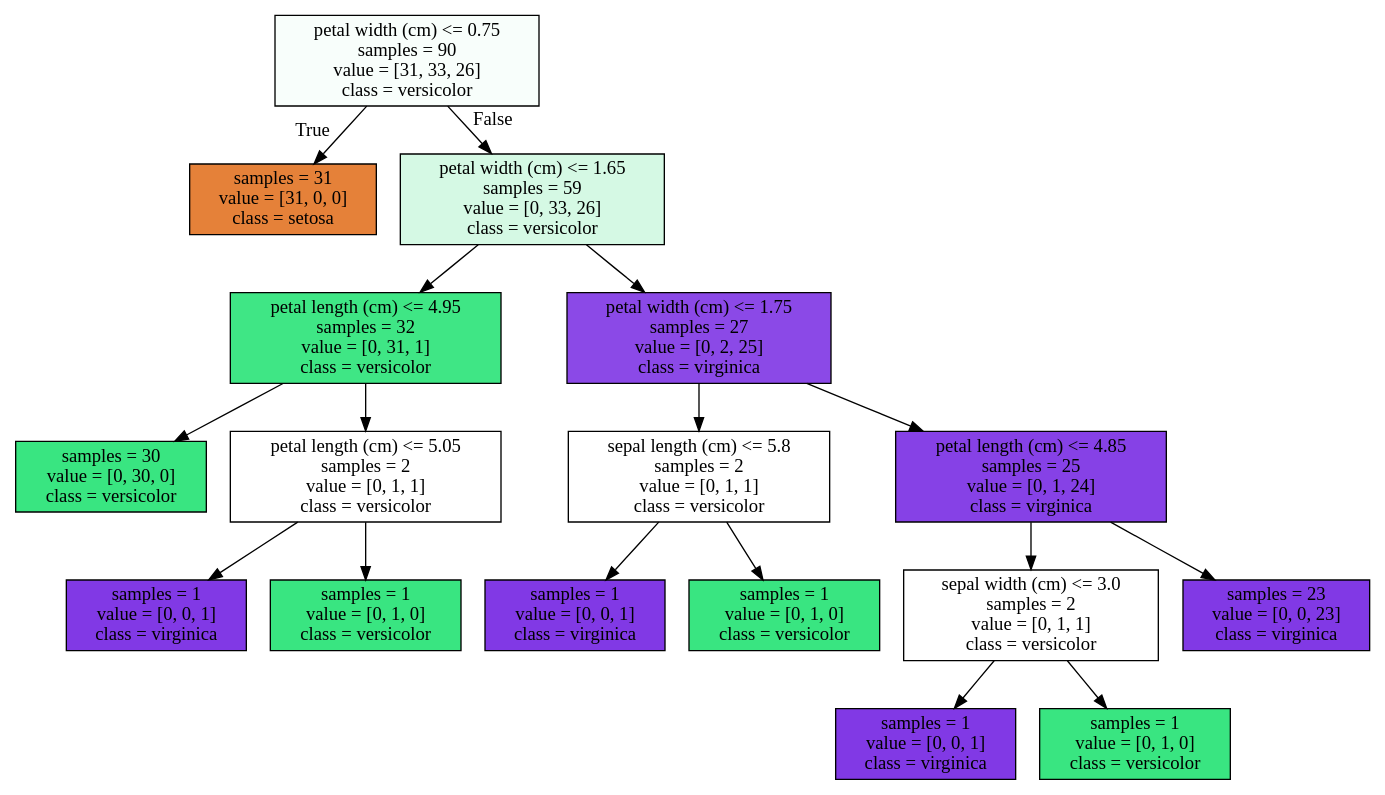
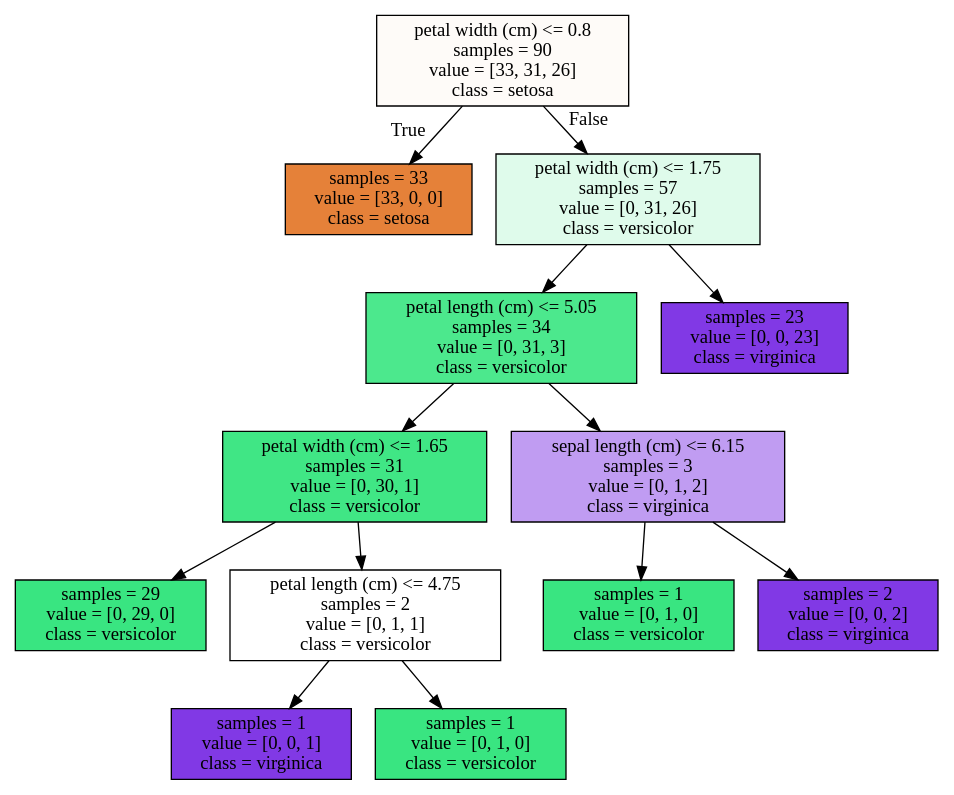
The diagram in mineriadedatos/practica3/arbol.dot (xXNukem/Ingenieria-Informatica-UCO-2016-2020), drawn with Graphviz before and after one commit. The commit also changed 1 other file, not shown here.

```diff
--- a/mineriadedatos/practica3/arbol.dot
+++ b/mineriadedatos/practica3/arbol.dot
@@ -1,36 +1,28 @@
 digraph Tree {
 node [shape=box, style="filled", color="black"] ;
-0 [label="petal width (cm) <= 0.75\nsamples = 90\nvalue = [31, 33, 26]\nclass = versicolor", fillcolor="#f8fefb"] ;
-1 [label="samples = 31\nvalue = [31, 0, 0]\nclass = setosa", fillcolor="#e58139"] ;
+0 [label="petal width (cm) <= 0.8\nsamples = 90\nvalue = [33, 31, 26]\nclass = setosa", fillcolor="#fefbf8"] ;
+1 [label="samples = 33\nvalue = [33, 0, 0]\nclass = setosa", fillcolor="#e58139"] ;
 0 -> 1 [labeldistance=2.5, labelangle=45, headlabel="True"] ;
-2 [label="petal width (cm) <= 1.65\nsamples = 59\nvalue = [0, 33, 26]\nclass = versicolor", fillcolor="#d5f9e4"] ;
+2 [label="petal width (cm) <= 1.75\nsamples = 57\nvalue = [0, 31, 26]\nclass = versicolor", fillcolor="#dffbeb"] ;
 0 -> 2 [labeldistance=2.5, labelangle=-45, headlabel="False"] ;
-3 [label="petal length (cm) <= 4.95\nsamples = 32\nvalue = [0, 31, 1]\nclass = versicolor", fillcolor="#3fe685"] ;
+3 [label="petal length (cm) <= 5.05\nsamples = 34\nvalue = [0, 31, 3]\nclass = versicolor", fillcolor="#4ce88d"] ;
 2 -> 3 ;
-4 [label="samples = 30\nvalue = [0, 30, 0]\nclass = versicolor", fillcolor="#39e581"] ;
+4 [label="petal width (cm) <= 1.65\nsamples = 31\nvalue = [0, 30, 1]\nclass = versicolor", fillcolor="#40e685"] ;
 3 -> 4 ;
-5 [label="petal length (cm) <= 5.05\nsamples = 2\nvalue = [0, 1, 1]\nclass = versicolor", fillcolor="#ffffff"] ;
-3 -> 5 ;
-6 [label="samples = 1\nvalue = [0, 0, 1]\nclass = virginica", fillcolor="#8139e5"] ;
-5 -> 6 ;
-7 [label="samples = 1\nvalue = [0, 1, 0]\nclass = versicolor", fillcolor="#39e581"] ;
-5 -> 7 ;
-8 [label="petal width (cm) <= 1.75\nsamples = 27\nvalue = [0, 2, 25]\nclass = virginica", fillcolor="#8b49e7"] ;
-2 -> 8 ;
-9 [label="sepal length (cm) <= 5.8\nsamples = 2\nvalue = [0, 1, 1]\nclass = versicolor", fillcolor="#ffffff"] ;
-8 -> 9 ;
-10 [label="samples = 1\nvalue = [0, 0, 1]\nclass = virginica", fillcolor="#8139e5"] ;
+5 [label="samples = 29\nvalue = [0, 29, 0]\nclass = versicolor", fillcolor="#39e581"] ;
+4 -> 5 ;
+6 [label="petal length (cm) <= 4.75\nsamples = 2\nvalue = [0, 1, 1]\nclass = versicolor", fillcolor="#ffffff"] ;
+4 -> 6 ;
+7 [label="samples = 1\nvalue = [0, 0, 1]\nclass = virginica", fillcolor="#8139e5"] ;
+6 -> 7 ;
+8 [label="samples = 1\nvalue = [0, 1, 0]\nclass = versicolor", fillcolor="#39e581"] ;
+6 -> 8 ;
+9 [label="sepal length (cm) <= 6.15\nsamples = 3\nvalue = [0, 1, 2]\nclass = virginica", fillcolor="#c09cf2"] ;
+3 -> 9 ;
+10 [label="samples = 1\nvalue = [0, 1, 0]\nclass = versicolor", fillcolor="#39e581"] ;
 9 -> 10 ;
-11 [label="samples = 1\nvalue = [0, 1, 0]\nclass = versicolor", fillcolor="#39e581"] ;
+11 [label="samples = 2\nvalue = [0, 0, 2]\nclass = virginica", fillcolor="#8139e5"] ;
 9 -> 11 ;
-12 [label="petal length (cm) <= 4.85\nsamples = 25\nvalue = [0, 1, 24]\nclass = virginica", fillcolor="#8641e6"] ;
-8 -> 12 ;
-13 [label="sepal width (cm) <= 3.0\nsamples = 2\nvalue = [0, 1, 1]\nclass = versicolor", fillcolor="#ffffff"] ;
-12 -> 13 ;
-14 [label="samples = 1\nvalue = [0, 0, 1]\nclass = virginica", fillcolor="#8139e5"] ;
-13 -> 14 ;
-15 [label="samples = 1\nvalue = [0, 1, 0]\nclass = versicolor", fillcolor="#39e581"] ;
-13 -> 15 ;
-16 [label="samples = 23\nvalue = [0, 0, 23]\nclass = virginica", fillcolor="#8139e5"] ;
-12 -> 16 ;
+12 [label="samples = 23\nvalue = [0, 0, 23]\nclass = virginica", fillcolor="#8139e5"] ;
+2 -> 12 ;
 }
```
